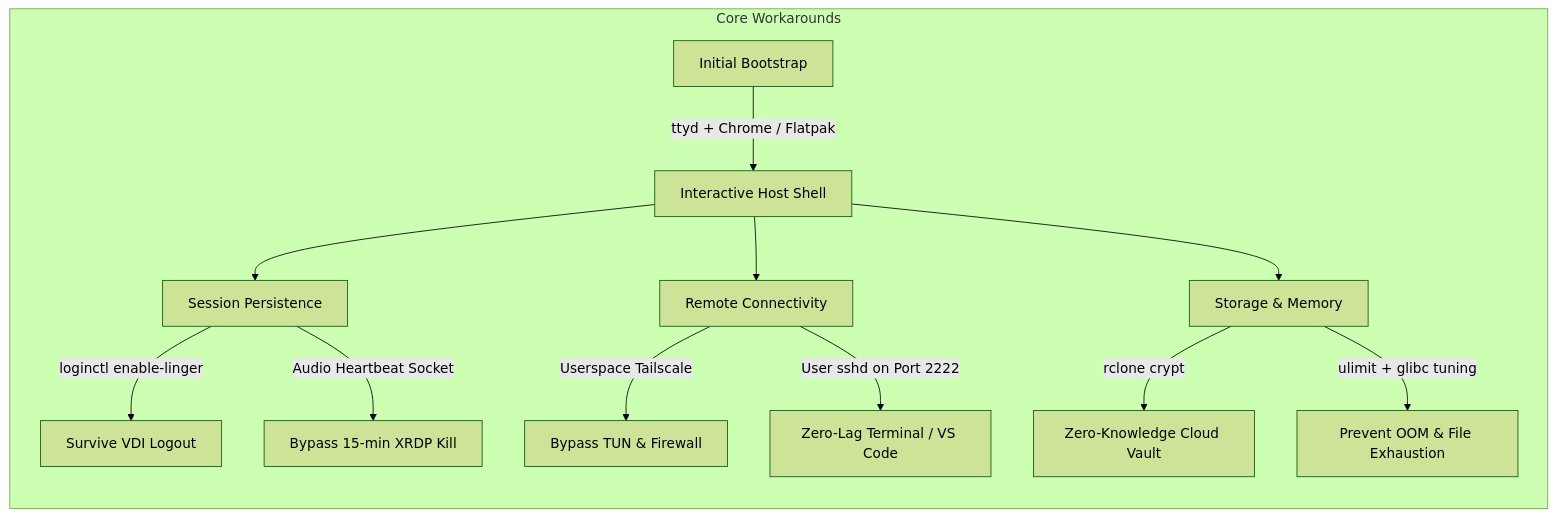
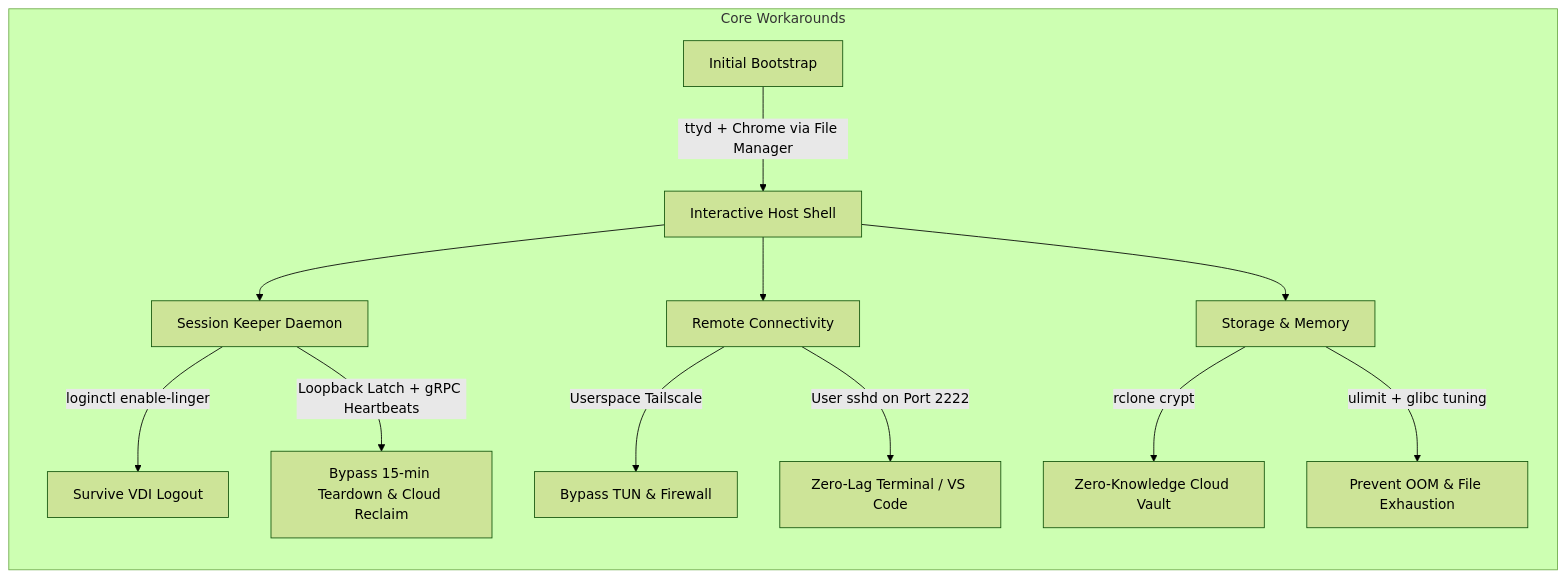
The second of 2 diagrams in README.md (sys-dissect/jiopc-architecture-whitepaper), drawn with Mermaid (forest theme) before and after one commit. The commit also changed other lines of this file, not shown here.

Commit message:
docs: update terminal bootstrap to Chrome + ttyd and session persistence to jiopc-session-keeper

````diff
--- a/README.md
+++ b/README.md
@@ -265,17 +260,17 @@
 ```mermaid
 graph LR
     subgraph Core Workarounds
-        Z[Initial Bootstrap] -->|ttyd + Chrome / Flatpak| A0[Interactive Host Shell]
-        A0 --> A[Session Persistence]
+        Z[Initial Bootstrap] -->|ttyd + Chrome via File Manager| A0[Interactive Host Shell]
+        A0 --> A[Session Keeper Daemon]
         A -->|loginctl enable-linger| B[Survive VDI Logout]
-        A -->|Audio Heartbeat Socket| C[Bypass 15-min XRDP Kill]
+        A -->|Loopback Latch + gRPC Heartbeats| C[Bypass 15-min Teardown & Cloud Reclaim]
         
         A0 --> D[Remote Connectivity]
         D -->|Userspace Tailscale| E[Bypass TUN & Firewall]
         D -->|User sshd on Port 2222| F[Zero-Lag Terminal / VS Code]
         
         A0 --> G[Storage & Memory]
         G -->|rclone crypt| H[Zero-Knowledge Cloud Vault]
         G -->|ulimit + glibc tuning| I[Prevent OOM & File Exhaustion]
     end
 ```
````
